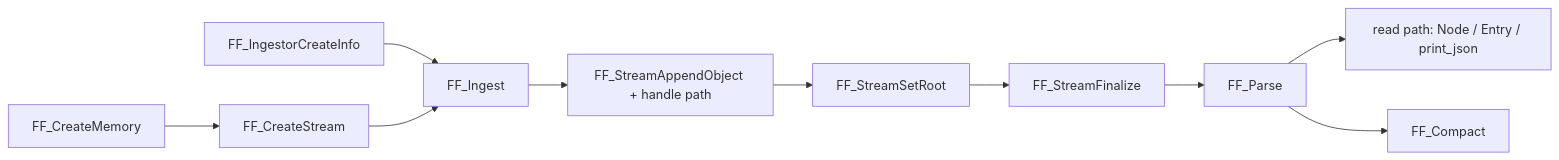
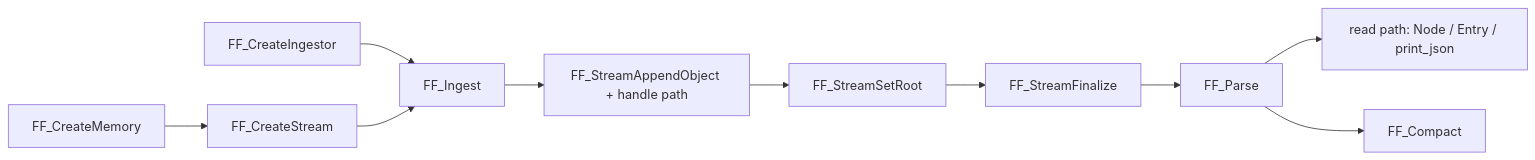
The second of 2 diagrams in docs/api.adoc (ryanlandvater/FastFHIR), drawn with Mermaid before and after one commit. The commit also changed other lines of this file and 15 other files, not shown here.

````diff
--- a/docs/api.adoc
+++ b/docs/api.adoc
@@ -241,12 +314,12 @@
 ```mermaid
 flowchart LR
     A[FF_CreateMemory] --> B[FF_CreateStream]
-    C[FF_IngestorCreateInfo] --> D[FF_Ingest]
+    C[FF_CreateIngestor] --> D[FF_Ingest]
     B --> D
     D --> E[FF_StreamAppendObject + handle path]
     E --> F[FF_StreamSetRoot]
     F --> G[FF_StreamFinalize]
     G --> H[FF_Parse]
     H --> I[read path: Node / Entry / print_json]
     H --> J[FF_Compact]
 ```
````
